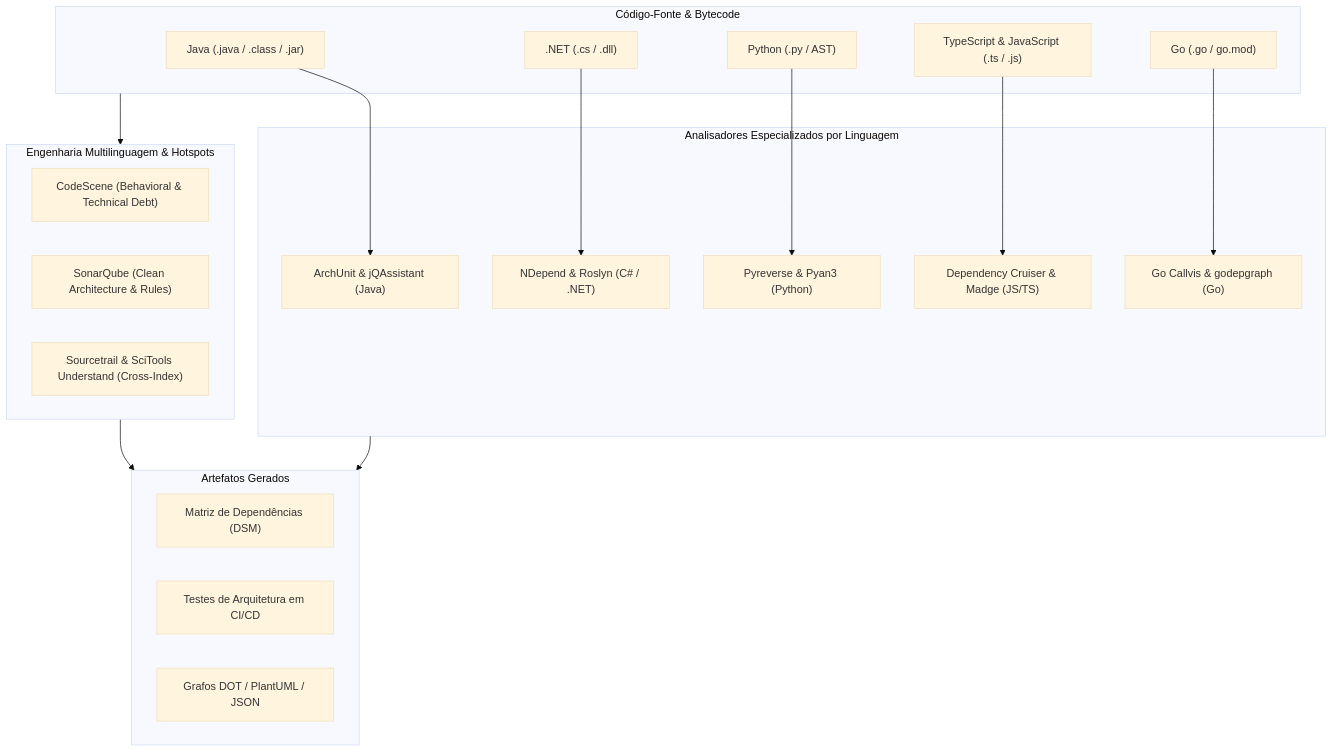
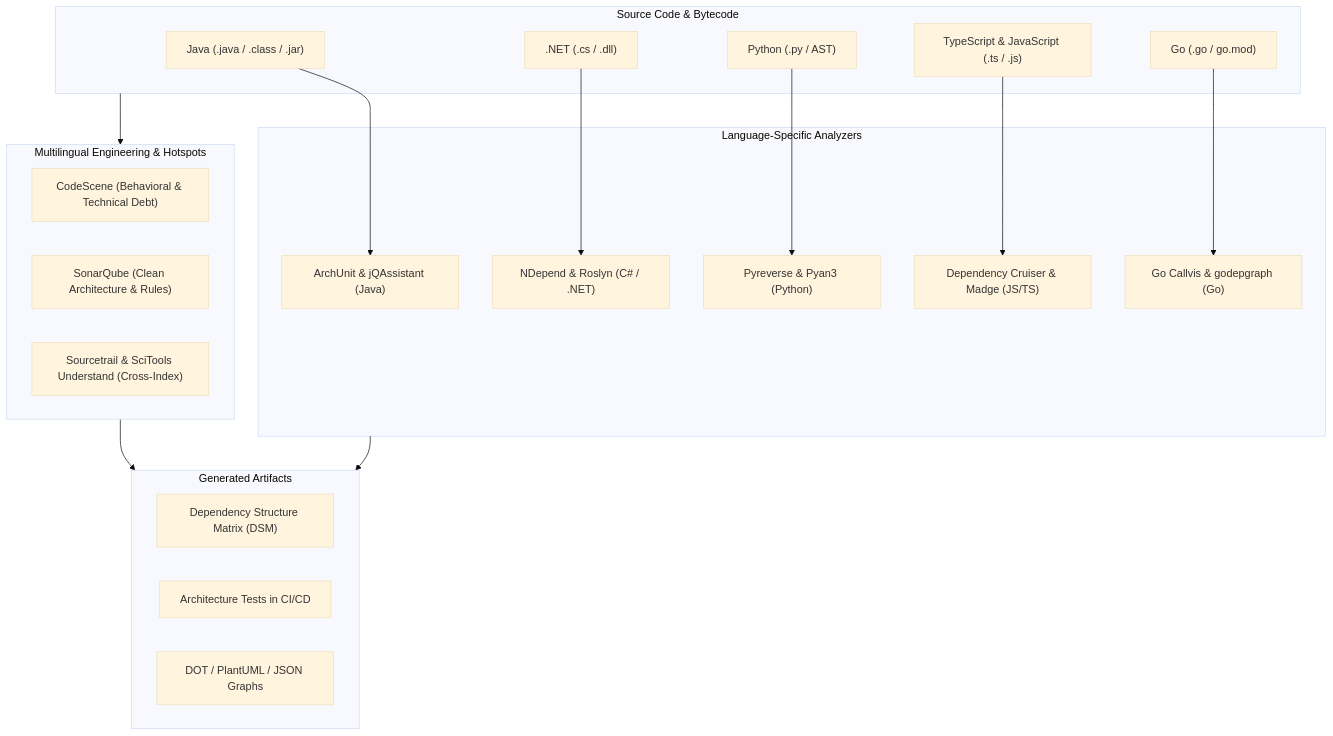
The diagram in knowledge/skills/mapping/code-architecture-mapping/SKILL.md (dandgabr/Coacus), drawn with Mermaid (base theme) before and after one commit. The commit also changed other lines of this file and 143 other files, not shown here.

````diff
--- a/knowledge/skills/mapping/code-architecture-mapping/SKILL.md
+++ b/knowledge/skills/mapping/code-architecture-mapping/SKILL.md
@@ -16,40 +16,40 @@
 ```mermaid
 flowchart TD
-    subgraph SourceCode["Código-Fonte & Bytecode"]
+    subgraph SourceCode["Source Code & Bytecode"]
         JAVA["Java (.java / .class / .jar)"]
         DOTNET[".NET (.cs / .dll)"]
         PY["Python (.py / AST)"]
         TS_JS["TypeScript & JavaScript (.ts / .js)"]
         GO["Go (.go / go.mod)"]
     end
 
-    subgraph Analyzers["Analisadores Especializados por Linguagem"]
+    subgraph Analyzers["Language-Specific Analyzers"]
         ARCHUNIT["ArchUnit & jQAssistant (Java)"]
         NDEPEND["NDepend & Roslyn (C# / .NET)"]
         PYREVERSE["Pyreverse & Pyan3 (Python)"]
         DEP_CRUISER["Dependency Cruiser & Madge (JS/TS)"]
         GO_CALLVIS["Go Callvis & godepgraph (Go)"]
     end
 
-    subgraph MultiLang["Engenharia Multilinguagem & Hotspots"]
+    subgraph MultiLang["Multilingual Engineering & Hotspots"]
         CODESCENE["CodeScene (Behavioral & Technical Debt)"]
         SONARQUBE["SonarQube (Clean Architecture & Rules)"]
         SOURCETRAIL["Sourcetrail & SciTools Understand (Cross-Index)"]
     end
 
-    subgraph Outputs["Artefatos Gerados"]
-        DSM["Matriz de Dependências (DSM)"]
-        RULES["Testes de Arquitetura em CI/CD"]
-        DIAGRAMS["Grafos DOT / PlantUML / JSON"]
+    subgraph Outputs["Generated Artifacts"]
+        DSM["Dependency Structure Matrix (DSM)"]
+        RULES["Architecture Tests in CI/CD"]
+        DIAGRAMS["DOT / PlantUML / JSON Graphs"]
     end
 
     JAVA --> ARCHUNIT
     DOTNET --> NDEPEND
     PY --> PYREVERSE
     TS_JS --> DEP_CRUISER
     GO --> GO_CALLVIS
 
     SourceCode --> MultiLang
     Analyzers --> Outputs
     MultiLang --> Outputs
 ```
````
